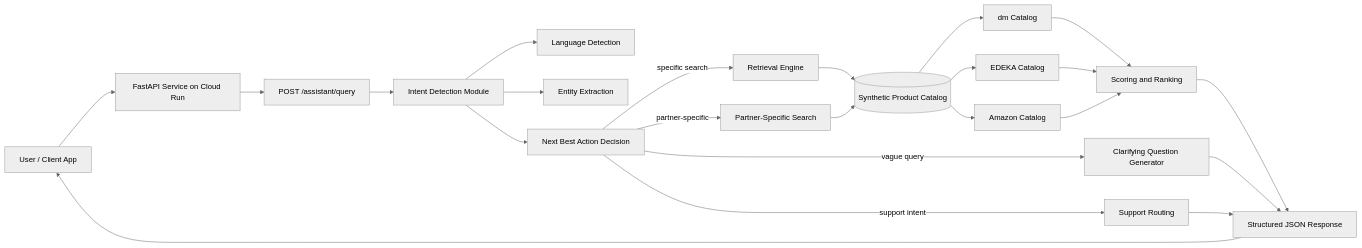
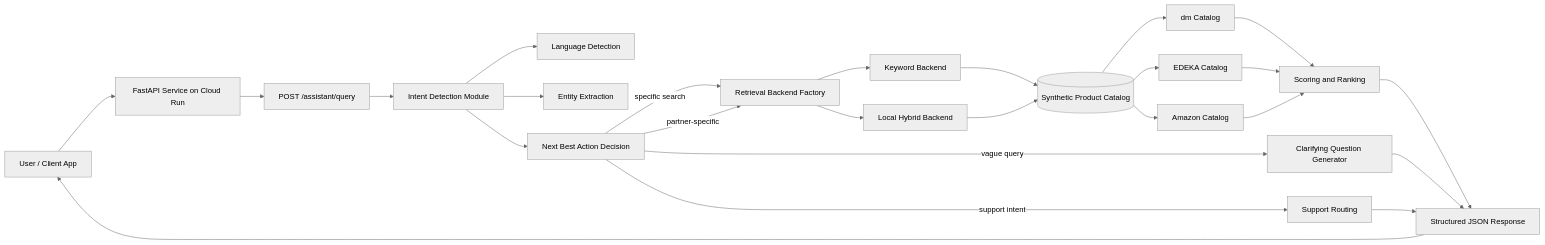
The first of 3 diagrams in docs/architecture.md (piotrbarabasz/payback-lightweight-assistant), drawn with Mermaid (neutral theme) before and after one commit. The commit also changed other lines of this file and 3 other files, not shown here.

Commit message:
docs: document hybrid semantic retrieval stage

````diff
--- a/docs/architecture.md
+++ b/docs/architecture.md
@@ -27,33 +27,36 @@
 ```mermaid
 flowchart LR
     U[User / Client App] --> API[FastAPI Service on Cloud Run]
 
     API --> EP[POST /assistant/query]
 
     EP --> INTENT[Intent Detection Module]
     INTENT --> LANG[Language Detection]
     INTENT --> ENT[Entity Extraction]
     INTENT --> DECISION[Next Best Action Decision]
 
-    DECISION -->|specific search| RETRIEVAL[Retrieval Engine]
-    DECISION -->|partner-specific| PARTNER_SEARCH[Partner-Specific Search]
+    DECISION -->|specific search| FACTORY[Retrieval Backend Factory]
+    DECISION -->|partner-specific| FACTORY
     DECISION -->|vague query| CLARIFY[Clarifying Question Generator]
     DECISION -->|support intent| SUPPORT[Support Routing]
 
-    RETRIEVAL --> CATALOG[(Synthetic Product Catalog)]
-    PARTNER_SEARCH --> CATALOG
+    FACTORY --> KEYWORD[Keyword Backend]
+    FACTORY --> HYBRID[Local Hybrid Backend]
+
+    KEYWORD --> CATALOG[(Synthetic Product Catalog)]
+    HYBRID --> CATALOG
 
     CATALOG --> DM[dm Catalog]
     CATALOG --> EDEKA[EDEKA Catalog]
     CATALOG --> AMAZON[Amazon Catalog]
 
     DM --> RANKING[Scoring and Ranking]
     EDEKA --> RANKING
     AMAZON --> RANKING
 
     RANKING --> RESPONSE[Structured JSON Response]
     CLARIFY --> RESPONSE
     SUPPORT --> RESPONSE
 
     RESPONSE --> U
 ```
````
